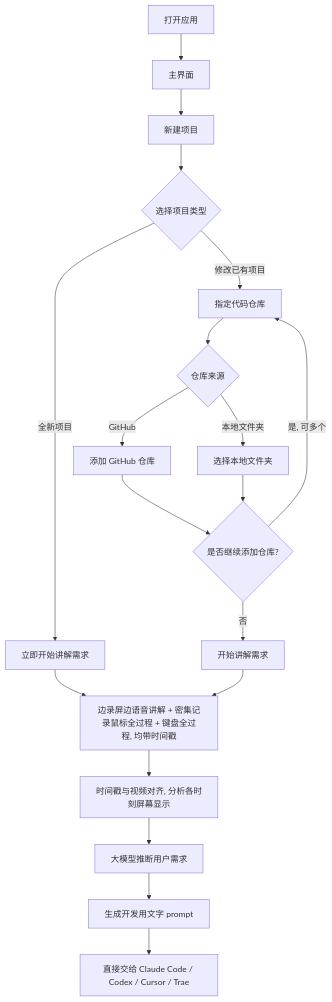
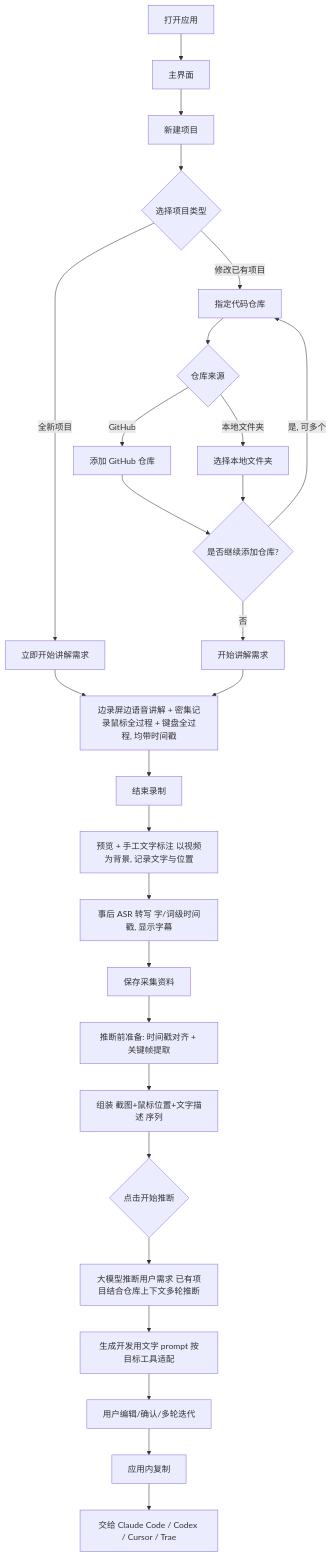
One commit to yycode99/rake changed the diagram in docs/需求文档.md. Above: the diagram before and after it, drawn with Mermaid. The commit also changed other lines of this file, not shown here.

````diff
--- a/docs/需求文档.md
+++ b/docs/需求文档.md
@@ -239,21 +263,29 @@
 ```mermaid
 flowchart TD
     A[打开应用] --> B[主界面]
     B --> C[新建项目]
     C --> D{选择项目类型}
     D -->|全新项目| E[立即开始讲解需求]
     D -->|修改已有项目| F[指定代码仓库]
     F --> G{仓库来源}
     G -->|GitHub| H[添加 GitHub 仓库]
     G -->|本地文件夹| I[选择本地文件夹]
     H --> J{是否继续添加仓库?}
     I --> J
     J -->|是, 可多个| F
     J -->|否| K[开始讲解需求]
     E --> L[边录屏边语音讲解 + 密集记录鼠标全过程 + 键盘全过程, 均带时间戳]
     K --> L
-    L --> M[时间戳与视频对齐, 分析各时刻屏幕显示]
-    M --> N[大模型推断用户需求]
-    N --> O[生成开发用文字 prompt]
-    O --> P[直接交给 Claude Code / Codex / Cursor / Trae]
+    L --> M[结束录制]
+    M --> N[预览 + 手工文字标注 以视频为背景, 记录文字与位置]
+    N --> O[事后 ASR 转写 字/词级时间戳, 显示字幕]
+    O --> Q[保存采集资料]
+    Q --> R[推断前准备: 时间戳对齐 + 关键帧提取]
+    R --> S[组装 截图+鼠标位置+文字描述 序列]
+    S --> T{点击开始推断}
+    T --> U[大模型推断用户需求 已有项目结合仓库上下文多轮推断]
+    U --> V[生成开发用文字 prompt 按目标工具适配]
+    V --> W[用户编辑/确认/多轮迭代]
+    W --> X[应用内复制]
+    X --> Y[交给 Claude Code / Codex / Cursor / Trae]
 ```
````
